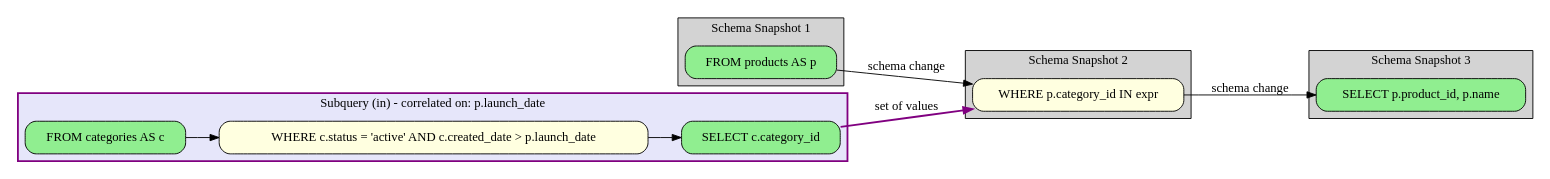
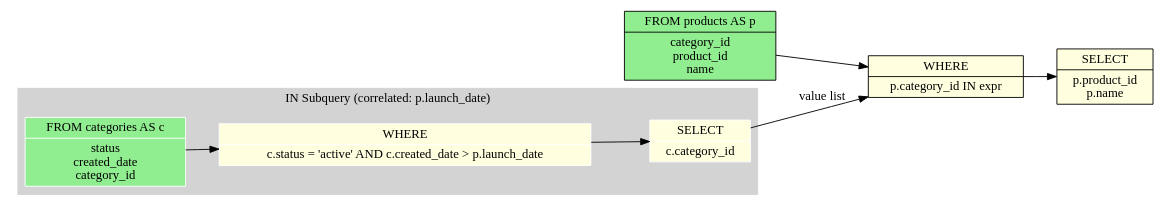
Before and after one commit to rot1024/sqloflow: the diagram in examples/subquery_in_correlated_schema.dot, drawn with Graphviz. The commit also changed 51 other files, not shown here.

Commit message:
feat: impl schema view renderer

```diff
--- a/examples/subquery_in_correlated_schema.dot
+++ b/examples/subquery_in_correlated_schema.dot
@@ -1,46 +1,34 @@
-digraph sqloflow {
+digraph schema_flow {
   rankdir=LR;
-  node [shape=box, style=rounded];
+  node [shape=record];
 
-  // Schema view with snapshots
-  subgraph cluster_0 {
-    label="Schema Snapshot 1";
+  // Source tables
+  node_0 [label="FROM products AS p|category_id\nproduct_id\nname", style=filled, fillcolor=lightgreen];
+
+  // Operations
+  node_1 [label="WHERE|p.category_id IN expr", style=filled, fillcolor=lightyellow];
+  node_3 [label="SELECT|p.product_id\np.name", style=filled, fillcolor=lightyellow];
+
+  // Data flow edges
+
+  // JOIN operations with table info
+  node_0 -> node_1;
+  node_1 -> node_3;
+
+  subgraph cluster_node_2 {
+    label="IN Subquery (correlated: p.launch_date)";
     style=filled;
-    fillcolor=lightgray;
-    // Relations: p
-    node_0 [label="FROM products AS p", fillcolor=lightgreen, style="filled,rounded"];
+    color=lightgrey;
+    node [style=filled,color=white];
+    // Source tables
+    subq_0_node_0 [label="FROM categories AS c|status\ncreated_date\ncategory_id", style=filled, fillcolor=lightgreen];
+    // Operations
+    subq_0_node_1 [label="WHERE|c.status = 'active' AND c.created_date \> p.launch_date", style=filled, fillcolor=lightyellow];
+    subq_0_node_2 [label="SELECT|c.category_id", style=filled, fillcolor=lightyellow];
+    // Data flow edges
+    // JOIN operations with table info
+    subq_0_node_0 -> subq_0_node_1;
+    subq_0_node_1 -> subq_0_node_2;
   }
-  subgraph cluster_1 {
-    label="Schema Snapshot 2";
-    style=filled;
-    fillcolor=lightgray;
-    // Relations: p, c
-    node_1 [label="WHERE p.category_id IN expr", fillcolor=lightyellow, style="filled,rounded"];
-  }
-  subgraph cluster_2 {
-    label="Schema Snapshot 3";
-    style=filled;
-    fillcolor=lightgray;
-    // Relations: _result
-    node_3 [label="SELECT p.product_id, p.name", fillcolor=lightgreen, style="filled,rounded"];
-  }
-
-  // Subquery 1
-  subgraph cluster_node_2 {
-    label="Subquery (in) - correlated on: p.launch_date";
-    style=filled;
-    fillcolor=lavender;
-    color=purple;
-    penwidth=2;
-    subq_0_node_0 [label="FROM categories AS c", fillcolor=lightgreen, style="filled,rounded"];
-    subq_0_node_1 [label="WHERE c.status = 'active' AND c.created_date > p.launch_date", fillcolor=lightyellow, style="filled,rounded"];
-    subq_0_node_2 [label="SELECT c.category_id", fillcolor=lightgreen, style="filled,rounded"];
-    subq_0_node_0 -> subq_0_node_1 [color=black];
-    subq_0_node_1 -> subq_0_node_2 [color=black];
-  }
-  subq_0_node_2 -> node_1 [color=purple, style=bold, label="set of values"];
-
-  // Schema transformation edges
-  node_0 -> node_1 [color=black, label="schema change"];
-  node_1 -> node_3 [color=black, label="schema change"];
+  subq_0_node_2 -> node_1 [label="value list"];
 }
```
